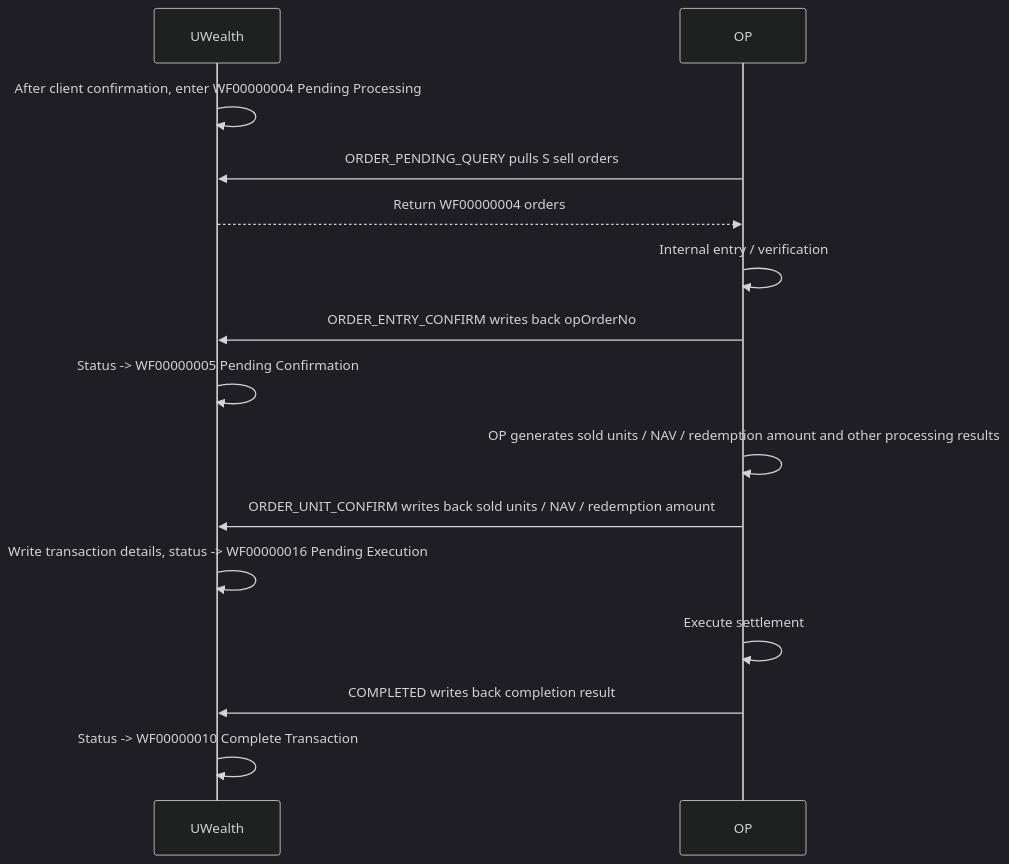
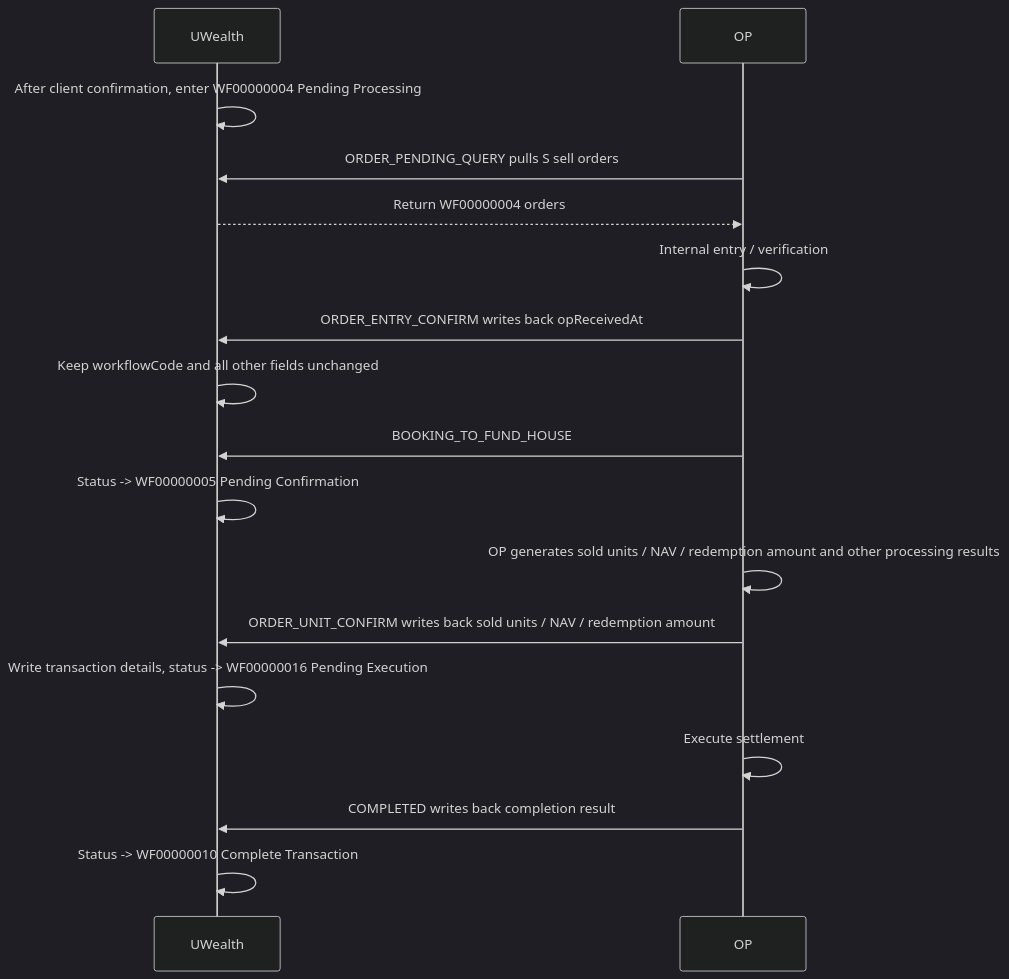
The second of 4 diagrams in op/UWealth_Unified_API_Demo_OP.md (J-summit/uw2--), drawn with Mermaid (dark theme) before and after one commit. The commit also changed other lines of this file, not shown here.

Commit message:
docs: update OP order flow diagrams

````diff
--- a/op/UWealth_Unified_API_Demo_OP.md
+++ b/op/UWealth_Unified_API_Demo_OP.md
@@ -60,18 +76,21 @@
 ```mermaid
 sequenceDiagram
     participant UW as UWealth
     participant OP as OP
 
     UW->>UW: After client confirmation, enter WF00000004 Pending Processing
     OP->>UW: ORDER_PENDING_QUERY pulls S sell orders
     UW-->>OP: Return WF00000004 orders
     OP->>OP: Internal entry / verification
-    OP->>UW: ORDER_ENTRY_CONFIRM writes back opOrderNo
+    OP->>UW: ORDER_ENTRY_CONFIRM writes back opReceivedAt
+    UW->>UW: Keep workflowCode and all other fields unchanged
+    OP->>UW: BOOKING_TO_FUND_HOUSE
     UW->>UW: Status -> WF00000005 Pending Confirmation
     OP->>OP: OP generates sold units / NAV / redemption amount and other processing results
     OP->>UW: ORDER_UNIT_CONFIRM writes back sold units / NAV / redemption amount
     UW->>UW: Write transaction details, status -> WF00000016 Pending Execution
     OP->>OP: Execute settlement
     OP->>UW: COMPLETED writes back completion result
     UW->>UW: Status -> WF00000010 Complete Transaction
+
 ```
````
